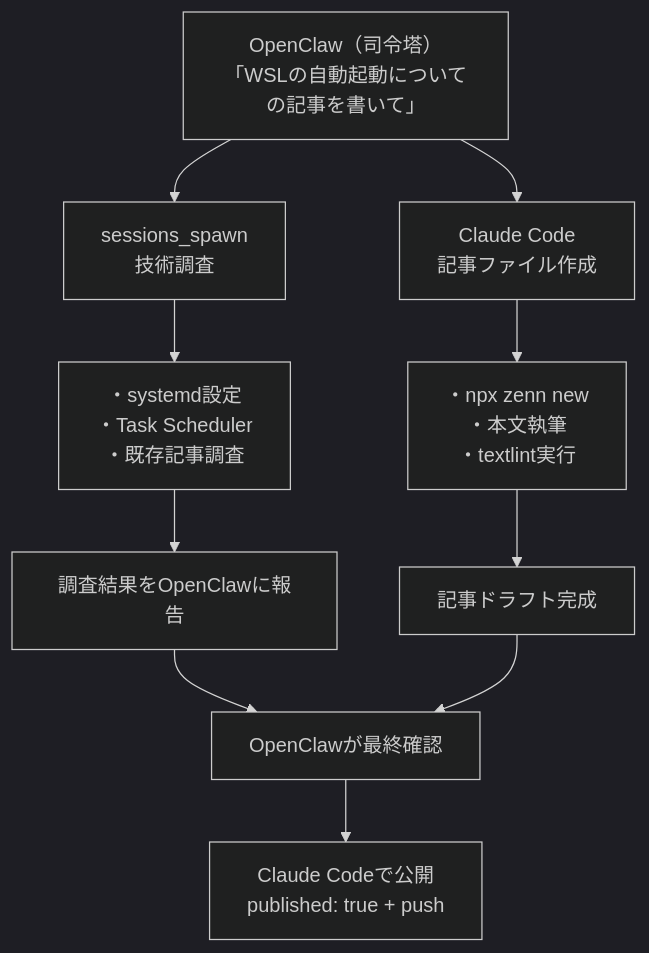
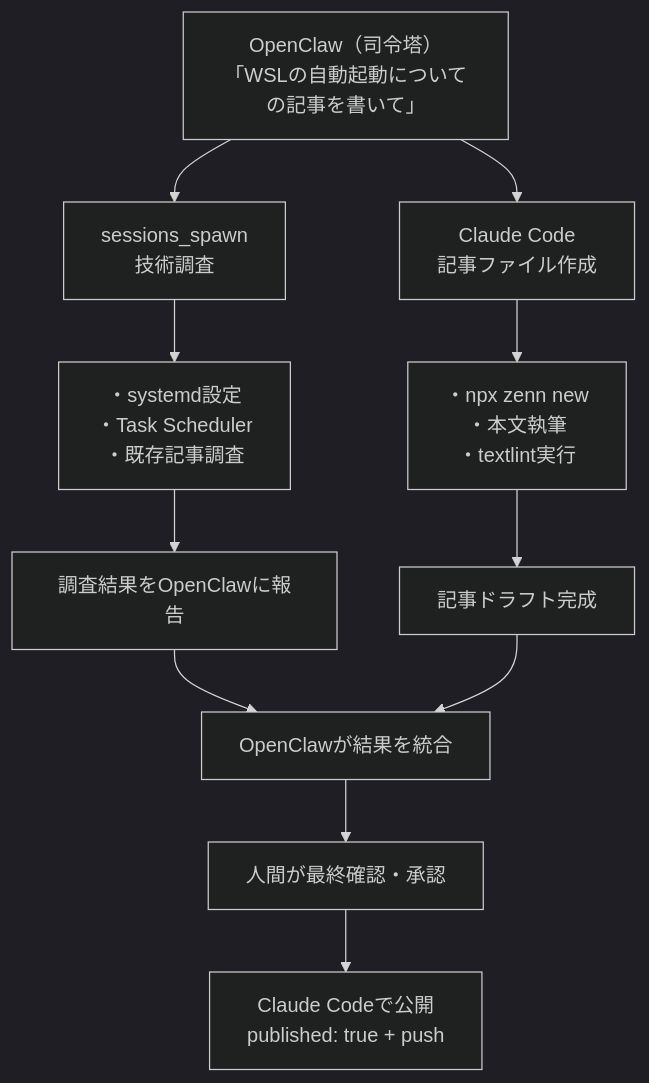
Before and after one commit to imudak/maruhuku-contents: the third of 4 diagrams in articles/hybrid-ai-operation.md, drawn with Mermaid (dark theme). The commit also changed other lines of this file, not shown here.

````diff
--- a/articles/hybrid-ai-operation.md
+++ b/articles/hybrid-ai-operation.md
@@ -210,12 +217,13 @@
 ```mermaid
 graph TD
     A["OpenClaw（司令塔）<br/>「WSLの自動起動についての記事を書いて」"] --> B["sessions_spawn<br/>技術調査"]
     A --> C["Claude Code<br/>記事ファイル作成"]
     B --> B1["・systemd設定<br/>・Task Scheduler<br/>・既存記事調査"]
     B1 --> D["調査結果をOpenClawに報告"]
     C --> C1["・npx zenn new<br/>・本文執筆<br/>・textlint実行"]
     C1 --> E["記事ドラフト完成"]
-    D --> F["OpenClawが最終確認"]
+    D --> F["OpenClawが結果を統合"]
     E --> F
-    F --> G["Claude Codeで公開<br/>published: true + push"]
+    F --> G["人間が最終確認・承認"]
+    G --> H["Claude Codeで公開<br/>published: true + push"]
 ```
````
